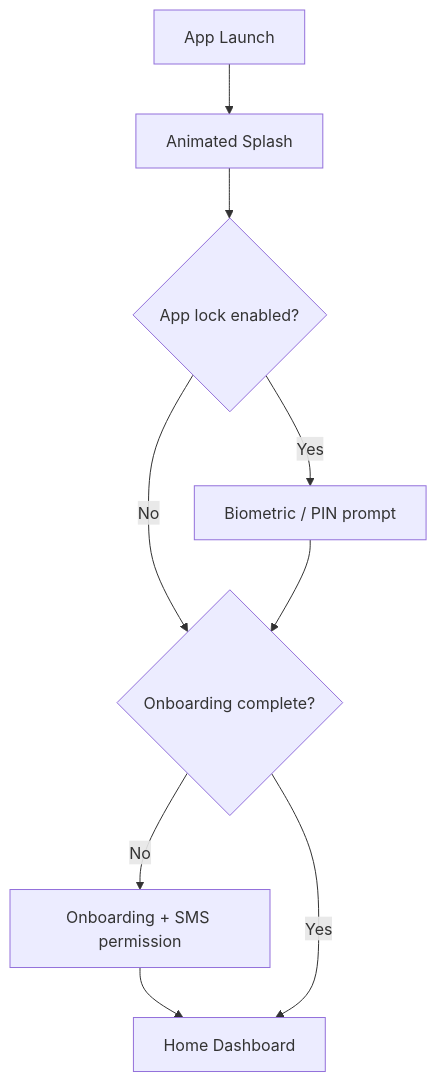
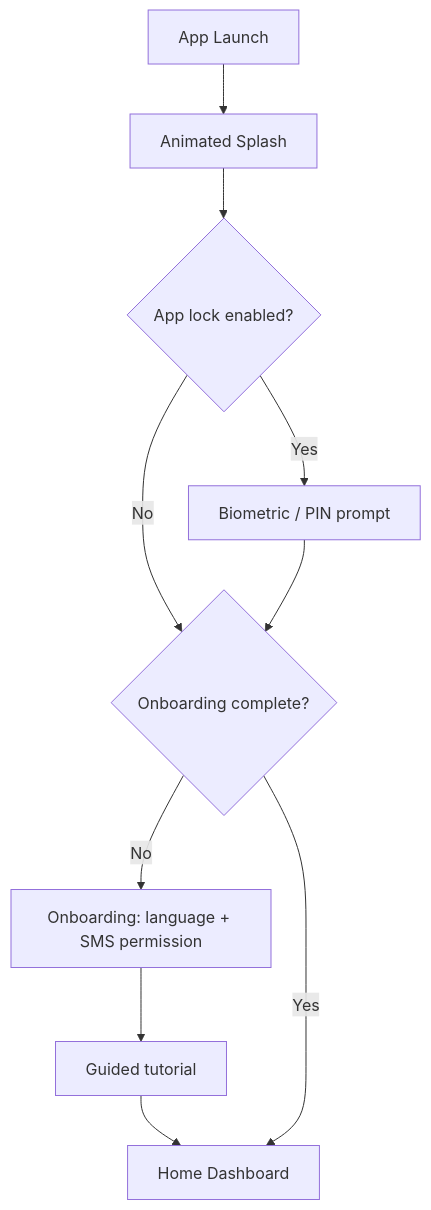
The third of 9 diagrams in README.md (Yolo-cell-hash/budgetify), drawn with Mermaid before and after one commit. The commit also changed other lines of this file, not shown here.

````diff
--- a/README.md
+++ b/README.md
@@ -179,11 +265,12 @@
 ```mermaid
 flowchart TD
   A[App Launch] --> S[Animated Splash]
   S --> L{App lock enabled?}
   L -- Yes --> Bio[Biometric / PIN prompt]
   L -- No --> O{Onboarding complete?}
   Bio --> O
-  O -- No --> ON[Onboarding + SMS permission]
-  ON --> Home[Home Dashboard]
+  O -- No --> ON[Onboarding: language + SMS permission]
+  ON --> Tour[Guided tutorial]
+  Tour --> Home[Home Dashboard]
   O -- Yes --> Home
 ```
````
